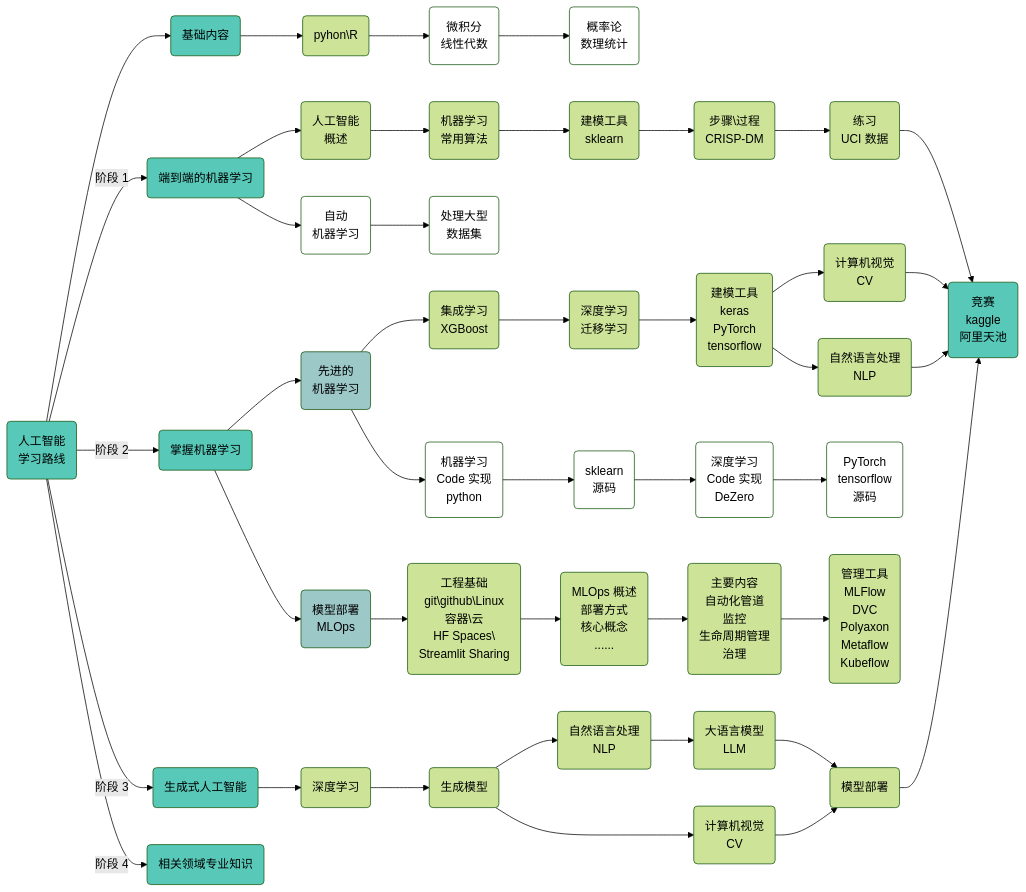
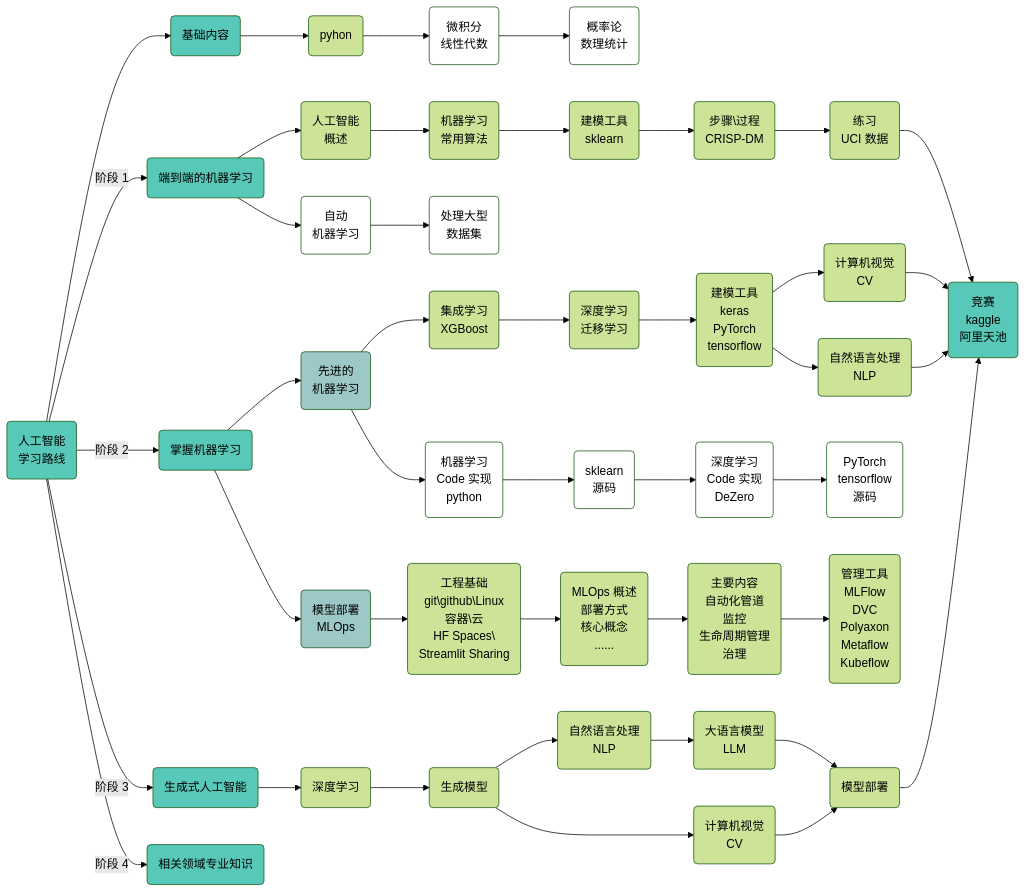
One commit to wenwangjain/wenwangjain.github.io changed the first of 2 diagrams in content/docs/ai/_index.zh-cn.md. Above: the diagram before and after it, drawn with Mermaid (forest theme). The commit also changed other lines of this file, not shown here.

````diff
--- a/content/docs/ai/_index.zh-cn.md
+++ b/content/docs/ai/_index.zh-cn.md
@@ -13,40 +13,40 @@
 ```mermaid
 flowchart LR
     A(人工智能<br>学习路线):::someclassA --> B(基础内容):::someclassA 
         classDef someclassA fill:#58C9B9
         classDef someclassB fill:#9DC8C8
         classDef someclassC fill:#f100
         classDef someclassD fill:#a3c9c7
     A -- 阶段 1 --> C(端到端的机器学习):::someclassA
     A -- 阶段 2 --> D(掌握机器学习):::someclassA
     A -- 阶段 3 --> E(生成式人工智能):::someclassA
     A -- 阶段 4 --> F(相关领域专业知识):::someclassA
 
-    B --> B1(pyhon\R) --> B2(微积分<br>线性代数):::someclassC --> B3(概率论<br>数理统计):::someclassC 
+    B --> B1(pyhon) --> B2(微积分<br>线性代数):::someclassC --> B3(概率论<br>数理统计):::someclassC 
 
     C --> C1(人工智能<br>概述) --> C2(机器学习<br>常用算法) --> C3(建模工具<br>sklearn) --> C4(步骤\过程<br>CRISP-DM) --> C5(练习<br>UCI 数据) 
           C5 --> Z
     C --> C11(自动<br>机器学习):::someclassC  --> C12(处理大型<br>数据集):::someclassC
 
     D --> D1(先进的<br>机器学习):::someclassB
           D1 --> D11(集成学习<br>XGBoost) --> D111(深度学习<br>迁移学习) --> D112(建模工具<br>keras<br>PyTorch<br>tensorflow)
                  D112 --> D1121(计算机视觉<br>CV)
                  D112 --> D1122(自然语言处理<br>NLP)
                  D1121 --> Z
                  D1122 --> Z
           D1 --> D12(机器学习<br>Code 实现<br>python):::someclassC --> D121(sklearn<br>源码):::someclassC --> D122(深度学习<br>Code 实现<br>DeZero):::someclassC --> D123(PyTorch<br>tensorflow<br>源码):::someclassC
 
     D --> D2(模型部署<br>MLOps):::someclassB
           D2 --> D211(工程基础<br>git\github\Linux<br>容器\云<br>HF Spaces\<br>Streamlit Sharing) --> D212(MLOps 概述<br>部署方式<br>核心概念<br>......) --> D213(主要内容<br>自动化管道<br>监控<br>生命周期管理<br>治理) --> D214(管理工具<br>MLFlow<br>DVC<br>Polyaxon<br>Metaflow<br>Kubeflow) 
 
     E --> E10(深度学习) --> E1(生成模型)
           E1 --> E11(自然语言处理<br>NLP) --> E111(大语言模型<br>LLM)
                  E111 --> E2
           E1 --> E12(计算机视觉<br>CV)
                  E12 --> E2
          
           E2(模型部署) --> Z
   
 
     Z(竞赛<br>kaggle<br>阿里天池):::someclassA
 ```
````
